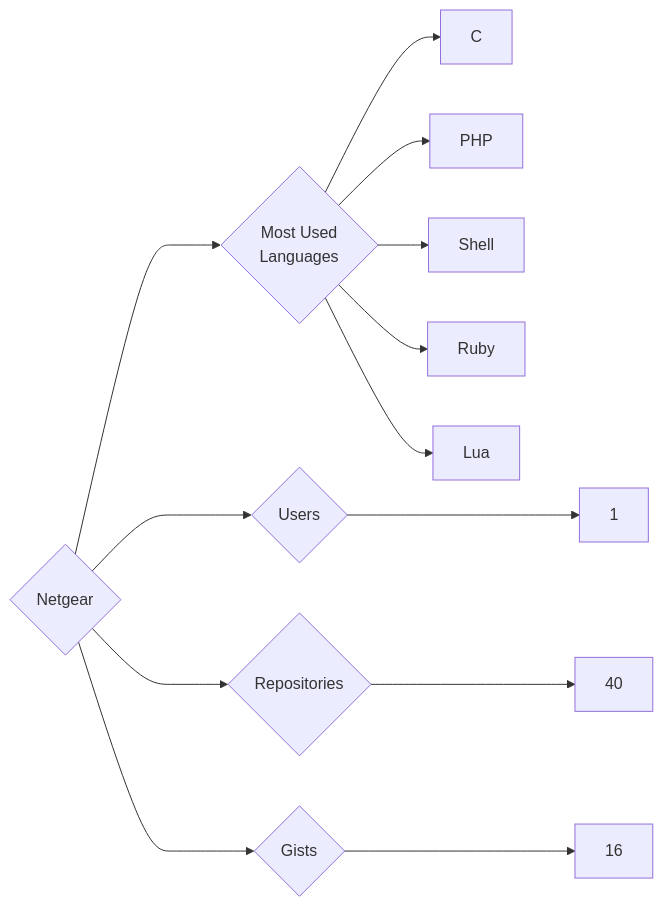
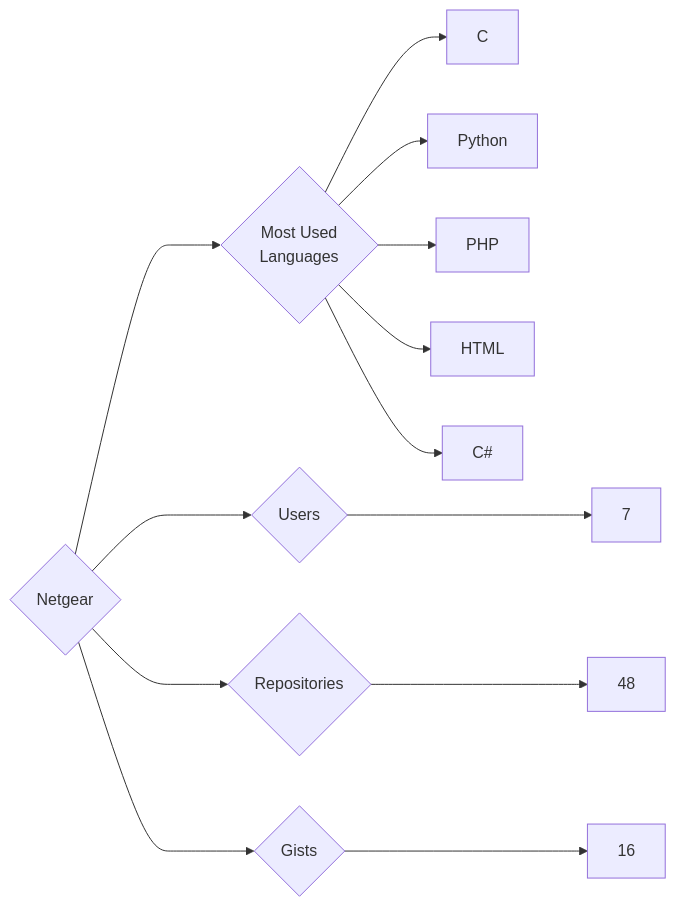
Before and after one commit to trickest/insiders: the diagram in targets/Netgear/README.md, drawn with Mermaid. The commit also changed 898 other files, not shown here.

````diff
--- a/targets/Netgear/README.md
+++ b/targets/Netgear/README.md
@@ -3,13 +3,13 @@
 ```mermaid
 graph LR
 COMPANY_NAME{Netgear}
-COMPANY_NAME ---> U{Users} ---> UN[1]
-COMPANY_NAME ---> R{Repositories} ---> RN[40]
+COMPANY_NAME ---> U{Users} ---> UN[7]
+COMPANY_NAME ---> R{Repositories} ---> RN[48]
 COMPANY_NAME ---> G{Gists} ---> GN[16]
 COMPANY_NAME ---> ML{Most Used<br>Languages}
 ML --> C[C]
+ML --> Python[Python]
 ML --> PHP[PHP]
-ML --> Shell[Shell]
-ML --> Ruby[Ruby]
-ML --> Lua[Lua]
+ML --> HTML[HTML]
+ML --> C#[C#]
 ```
````
